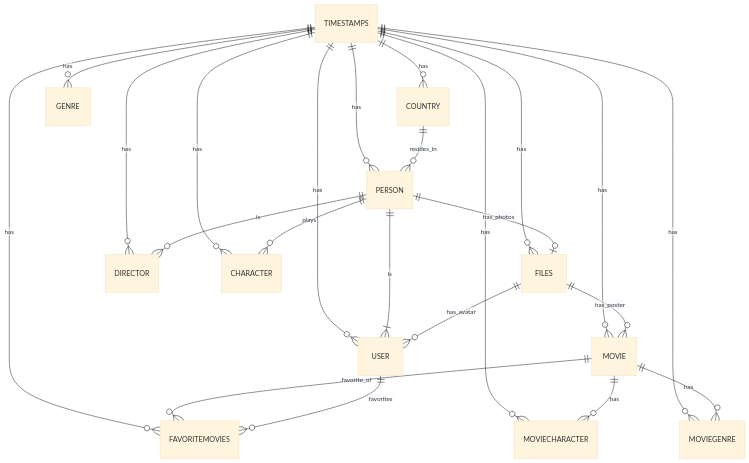
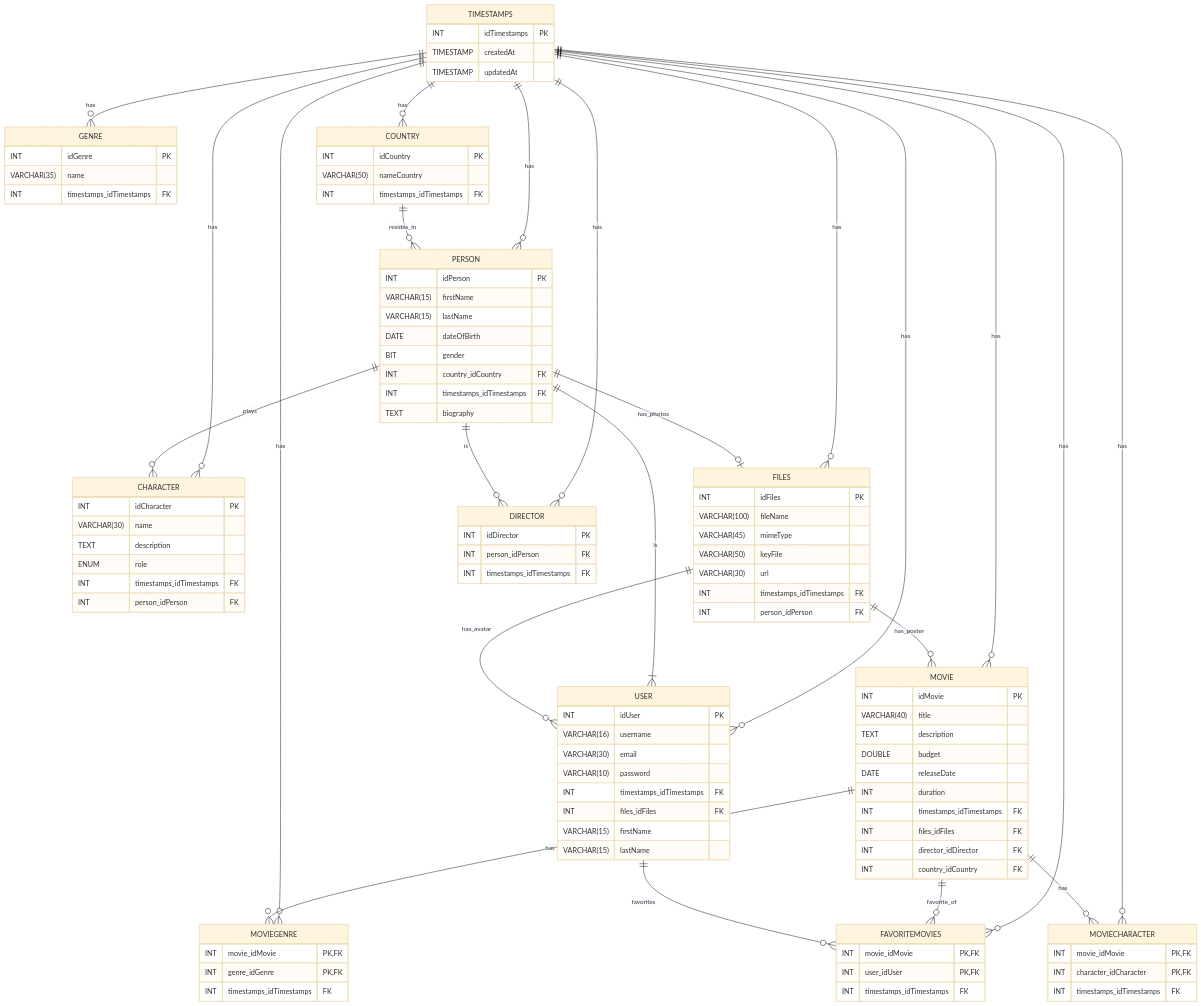
The diagram in README.md (Aleja84/lecture-starter-db), drawn with Mermaid (base theme) before and after one commit. The commit also changed other lines of this file, not shown here.

Commit message:
fix:minorfixdiagram

````diff
--- a/README.md
+++ b/README.md
@@ -130,5 +3,104 @@
 ```mermaid
 erDiagram
+    
+    
+    TIMESTAMPS { 
+    INT idTimestamps PK
+    TIMESTAMP createdAt
+    TIMESTAMP updatedAt
+    }
+
+    MOVIEGENRE {
+    INT movie_idMovie PK, FK
+    INT genre_idGenre PK, FK
+    INT timestamps_idTimestamps FK
+    }
+
+    FAVORITEMOVIES {
+    INT movie_idMovie PK, FK
+    INT user_idUser PK, FK
+    INT timestamps_idTimestamps FK
+    }
+
+    MOVIECHARACTER {
+    INT movie_idMovie PK, FK
+    INT character_idCharacter PK, FK
+    INT timestamps_idTimestamps FK
+    }
+
+    MOVIE {
+    INT idMovie PK
+    VARCHAR(40) title
+    TEXT description
+    DOUBLE budget
+    DATE releaseDate
+    INT duration
+    INT timestamps_idTimestamps FK
+    INT files_idFiles FK
+    INT director_idDirector FK
+    INT country_idCountry FK
+    }
+     
+    GENRE {
+    INT idGenre PK
+    VARCHAR(35) name
+    INT timestamps_idTimestamps FK
+    }
+    
+    PERSON {
+    INT idPerson PK
+    VARCHAR(15) firstName
+    VARCHAR(15) lastName
+    DATE dateOfBirth
+    BIT gender
+    INT country_idCountry FK
+    INT timestamps_idTimestamps FK
+    TEXT biography
+    }
+
+    COUNTRY {
+    INT idCountry PK
+    VARCHAR(50) nameCountry
+    INT timestamps_idTimestamps FK
+    }
+
+    CHARACTER {
+    INT idCharacter PK
+    VARCHAR(30) name 
+    TEXT description
+    ENUM role
+    INT timestamps_idTimestamps FK
+    INT person_idPerson FK
+}
+    FILES {
+    INT idFiles PK
+    VARCHAR(100) fileName
+    VARCHAR(45) mimeType
+    VARCHAR(50) keyFile
+    VARCHAR(30) url
+    INT timestamps_idTimestamps FK
+    INT person_idPerson FK
+    }
+
+    USER {
+    INT idUser PK
+    VARCHAR(16) username
+    VARCHAR(30) email
+    VARCHAR(10) password
+    INT timestamps_idTimestamps FK
+    INT files_idFiles FK
+    VARCHAR(15) firstName
+    VARCHAR(15) lastName
+    }
+
+    DIRECTOR {
+    INT idDirector PK
+    INT person_idPerson FK
+    INT timestamps_idTimestamps FK
+    }
+
+    
+    
     TIMESTAMPS ||--o{ COUNTRY : has
     TIMESTAMPS ||--o{ PERSON : has
     TIMESTAMPS ||--o{ FILES : has
````
